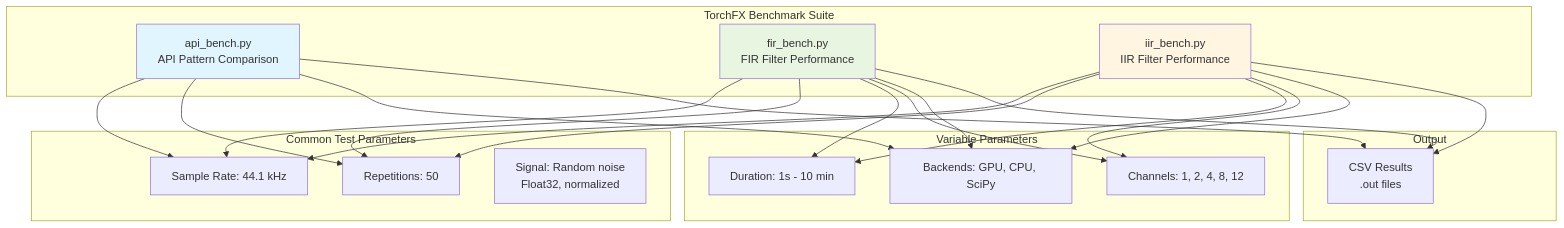
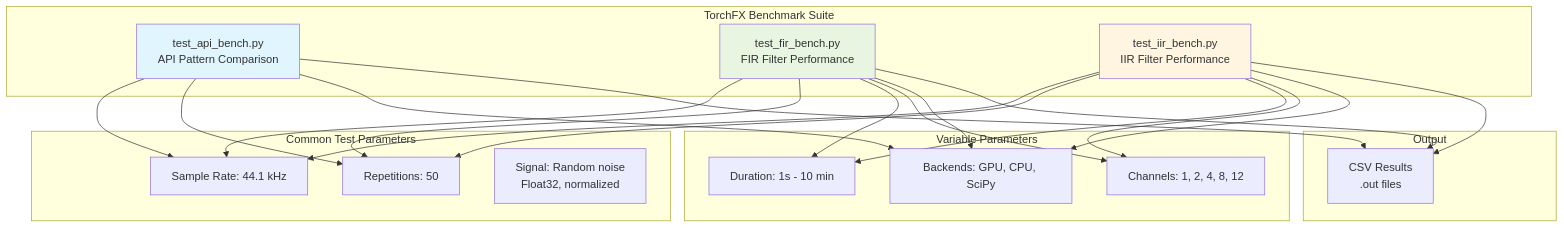
The second of 7 diagrams in docs/source/guides/advanced/performance.md (matteospanio/torchfx), drawn with Mermaid before and after one commit. The commit also changed other lines of this file and 3 other files, not shown here.

````diff
--- a/docs/source/guides/advanced/performance.md
+++ b/docs/source/guides/advanced/performance.md
@@ -76,49 +76,49 @@
 ```{mermaid}
 graph TB
     subgraph "TorchFX Benchmark Suite"
-        API["api_bench.py<br/>API Pattern Comparison"]
-        FIR["fir_bench.py<br/>FIR Filter Performance"]
-        IIR["iir_bench.py<br/>IIR Filter Performance"]
+        API["test_api_bench.py<br/>API Pattern Comparison"]
+        FIR["test_fir_bench.py<br/>FIR Filter Performance"]
+        IIR["test_iir_bench.py<br/>IIR Filter Performance"]
     end
 
     subgraph "Common Test Parameters"
         SR["Sample Rate: 44.1 kHz"]
         REP["Repetitions: 50"]
         Signal["Signal: Random noise<br/>Float32, normalized"]
     end
 
     subgraph "Variable Parameters"
         Duration["Duration: 1s - 10 min"]
         Channels["Channels: 1, 2, 4, 8, 12"]
         Backends["Backends: GPU, CPU, SciPy"]
     end
 
     subgraph "Output"
         CSV["CSV Results<br/>.out files"]
     end
 
     API --> SR
     FIR --> SR
     IIR --> SR
 
     API --> REP
     FIR --> REP
     IIR --> REP
 
     FIR --> Duration
     FIR --> Channels
     IIR --> Duration
     IIR --> Channels
 
     API --> Backends
     FIR --> Backends
     IIR --> Backends
 
     API --> CSV
     FIR --> CSV
     IIR --> CSV
 
     style API fill:#e1f5ff
     style FIR fill:#e8f5e1
     style IIR fill:#fff5e1
 ```
````
